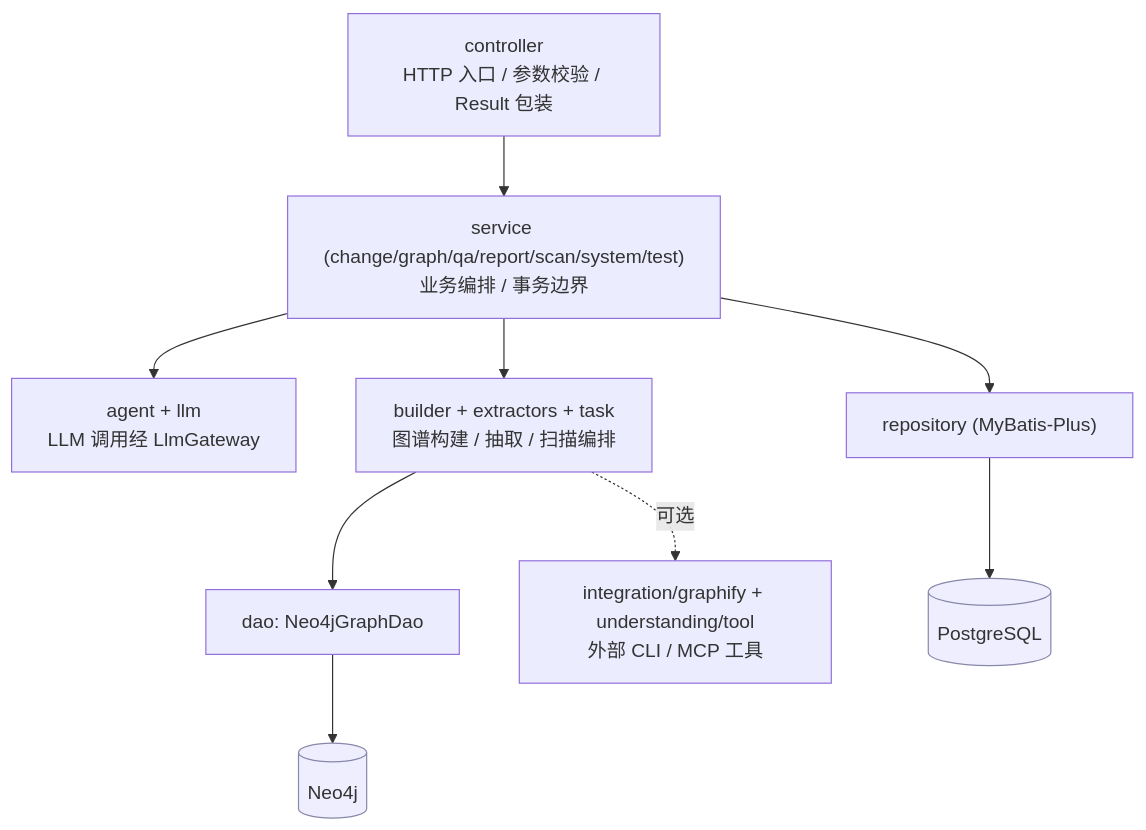
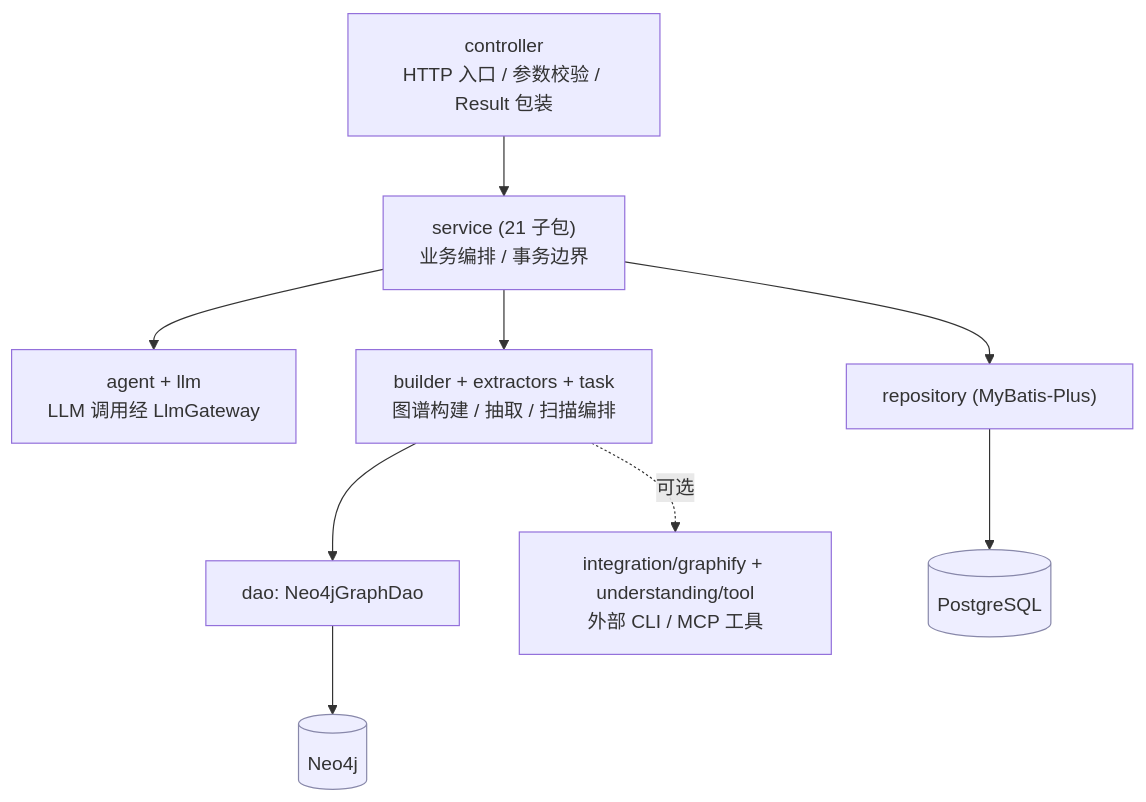
Before and after one commit to loveliunian/LegacyGraph: the diagram in doc/整体技术文档/开发规范文档.md, drawn with Mermaid. The commit also changed other lines of this file and 35 other files, not shown here.

````diff
--- a/doc/整体技术文档/开发规范文档.md
+++ b/doc/整体技术文档/开发规范文档.md
@@ -75,19 +79,19 @@
 ```mermaid
 flowchart TD
     CTRL["controller<br/>HTTP 入口 / 参数校验 / Result 包装"]
-    SVC["service (change/graph/qa/report/scan/system/test)<br/>业务编排 / 事务边界"]
+    SVC["service (21 子包)<br/>业务编排 / 事务边界"]
     AGENT["agent + llm<br/>LLM 调用经 LlmGateway"]
     BUILDER["builder + extractors + task<br/>图谱构建 / 抽取 / 扫描编排"]
     REPO["repository (MyBatis-Plus)"]
     DAO["dao: Neo4jGraphDao"]
     EXT["integration/graphify + understanding/tool<br/>外部 CLI / MCP 工具"]
     DB[("PostgreSQL")]:::infra
     NEO[("Neo4j")]:::infra
     CTRL --> SVC
     SVC --> AGENT
     SVC --> BUILDER
     SVC --> REPO --> DB
     BUILDER --> DAO --> NEO
     BUILDER -.可选.-> EXT
     classDef infra fill:#eef,stroke:#88a;
 ```
````
